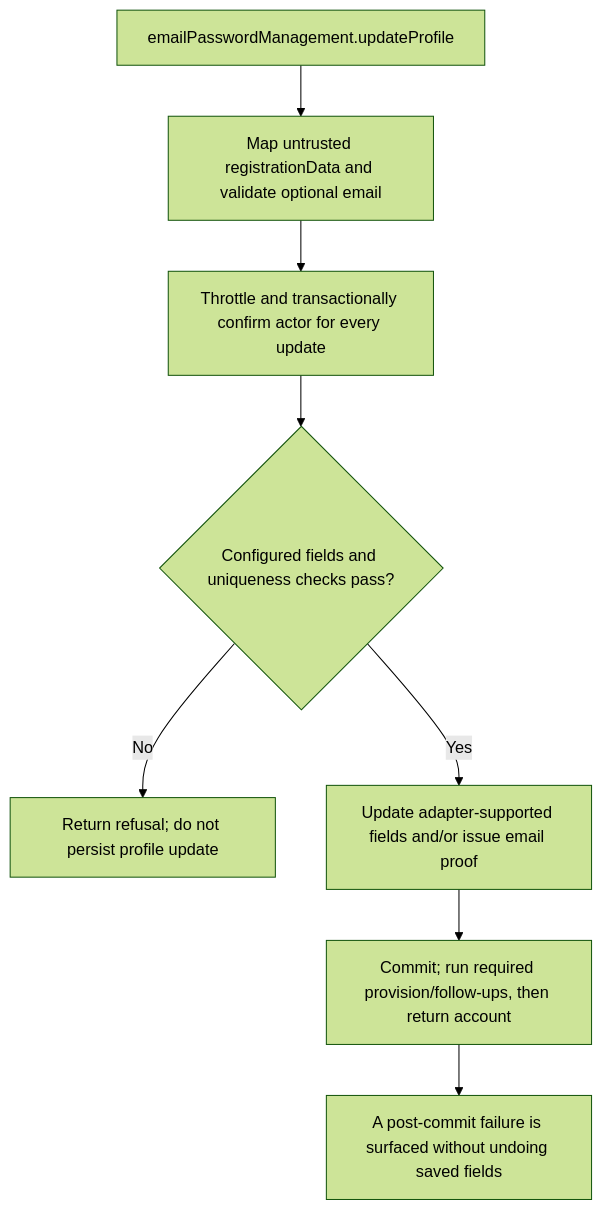
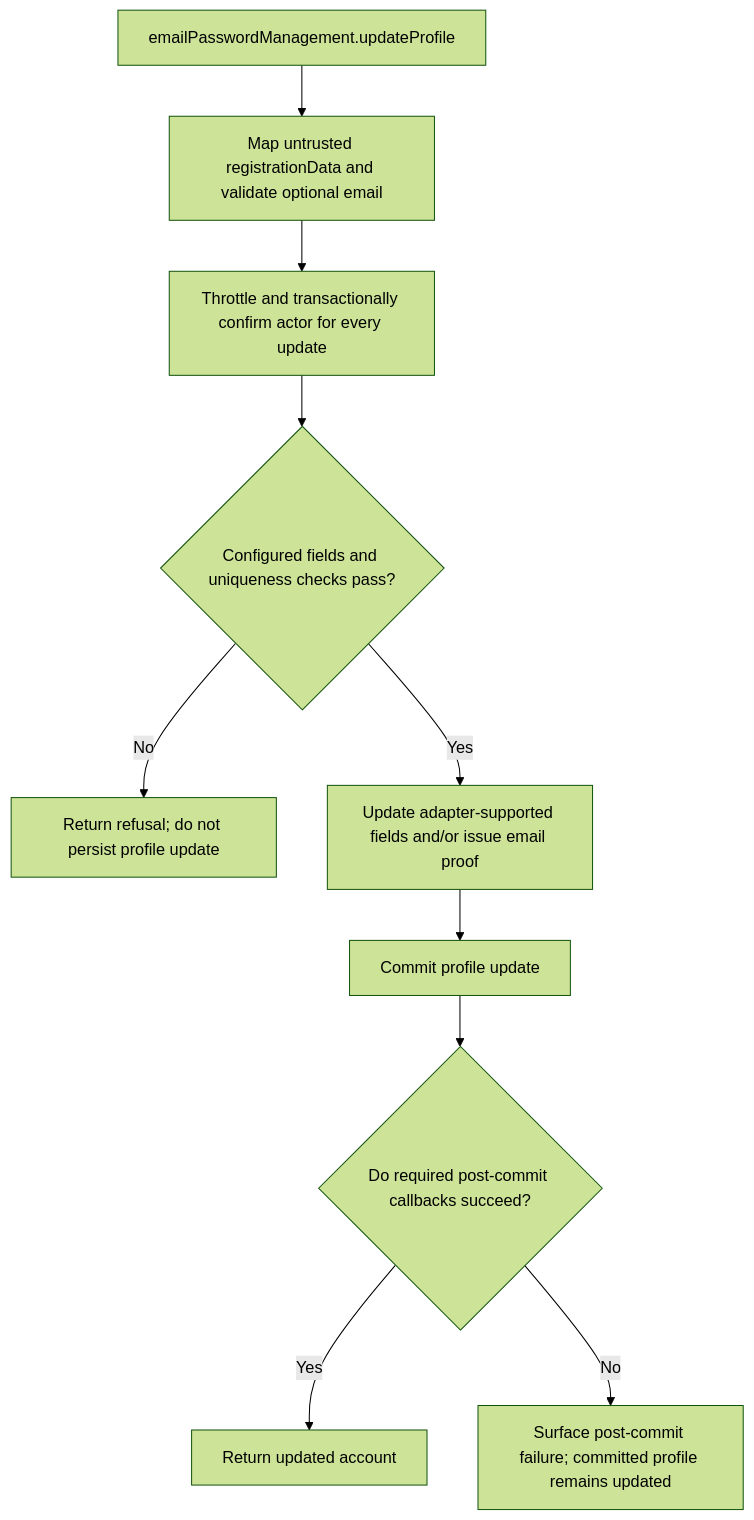
Before and after one commit to Kevinjohn/oss-adonisjs-account-kit: the second of 2 diagrams in user-stories/US-ACCOUNT-07-update-profile.md, drawn with Mermaid (forest theme). The commit also changed 15 other files, not shown here.

````diff
--- a/user-stories/US-ACCOUNT-07-update-profile.md
+++ b/user-stories/US-ACCOUNT-07-update-profile.md
@@ -31,10 +31,12 @@
 ```mermaid
 flowchart TD
  A["emailPasswordManagement.updateProfile"] --> B["Map untrusted registrationData and validate optional email"]
  B --> C["Throttle and transactionally confirm actor for every update"]
  C --> D{"Configured fields and uniqueness checks pass?"}
  D -->|No| E["Return refusal; do not persist profile update"]
  D -->|Yes| F["Update adapter-supported fields and/or issue email proof"]
- F --> G["Commit; run required provision/follow-ups, then return account"]
- G --> H["A post-commit failure is surfaced without undoing saved fields"]
+ F --> G["Commit profile update"]
+ G --> H{"Do required post-commit callbacks succeed?"}
+ H -->|Yes| I["Return updated account"]
+ H -->|No| J["Surface post-commit failure; committed profile remains updated"]
 ```
````
